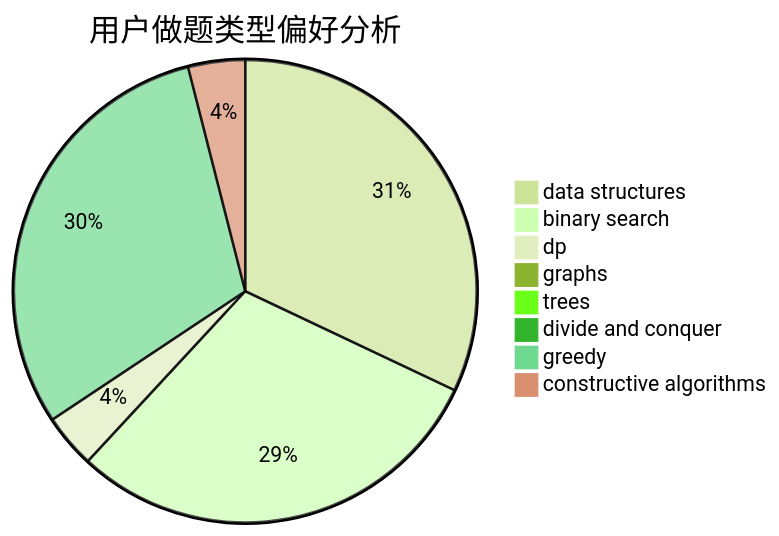
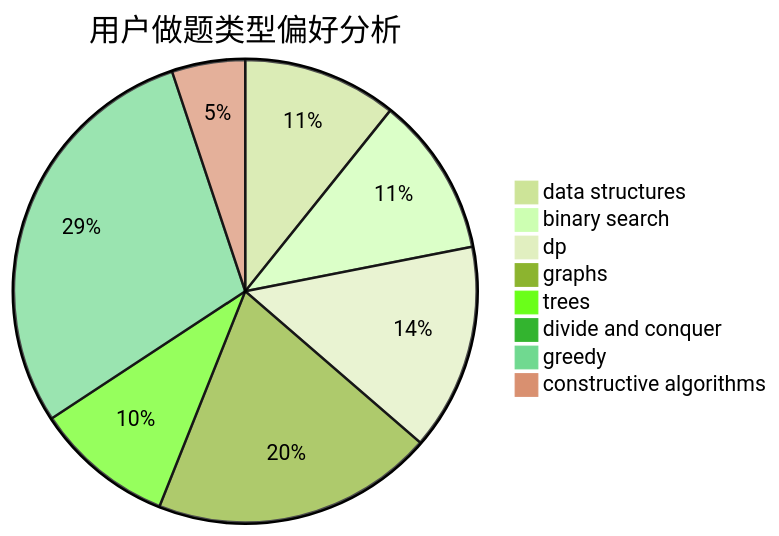
Before and after one commit to sherpahu/cfrs.github.io: the second of 3 diagrams in docs/user/u1361.md, drawn with Mermaid (forest theme). The commit also changed other lines of this file and 2770 other files, not shown here.

````diff
--- a/docs/user/u1361.md
+++ b/docs/user/u1361.md
@@ -23,11 +23,11 @@
 ```mermaid
 pie title 用户做题类型偏好分析
-    "data structures" :  443
-    "binary search" :  413
-    "dp" :  52
-    "graphs" :  12
-    "trees" :  13
-    "divide and conquer" :  0
-    "greedy" :  420
-    "constructive algorithms" :  55
+    "data structures" :  82
+    "binary search" :  85
+    "dp" :  110
+    "graphs" :  150
+    "trees" :  74
+    "divide and conquer" :  3
+    "greedy" :  222
+    "constructive algorithms" :  39
 ```
````
